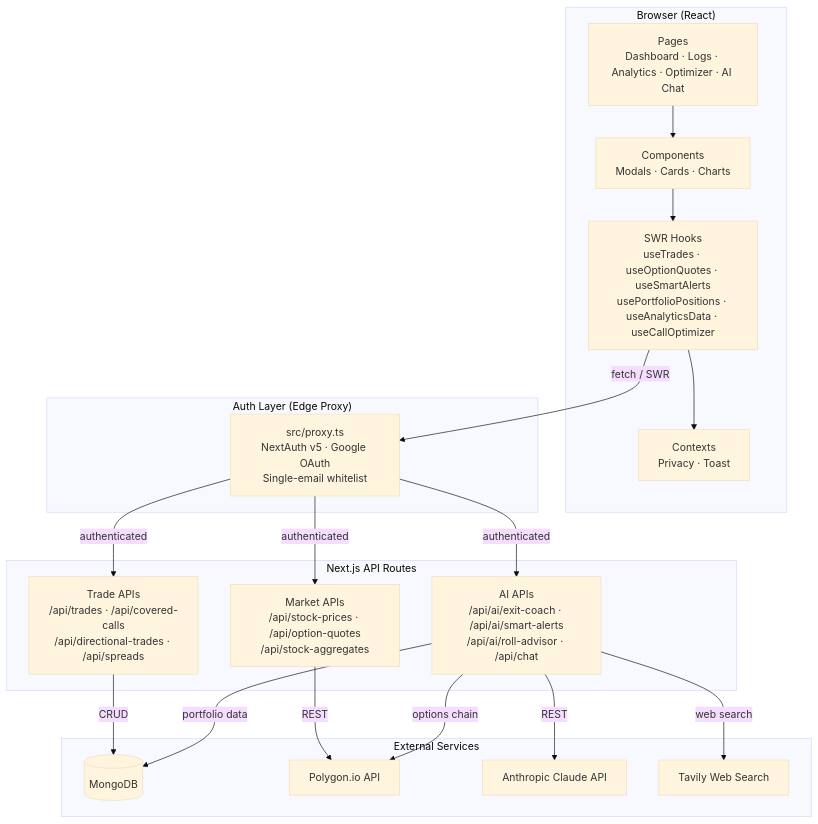
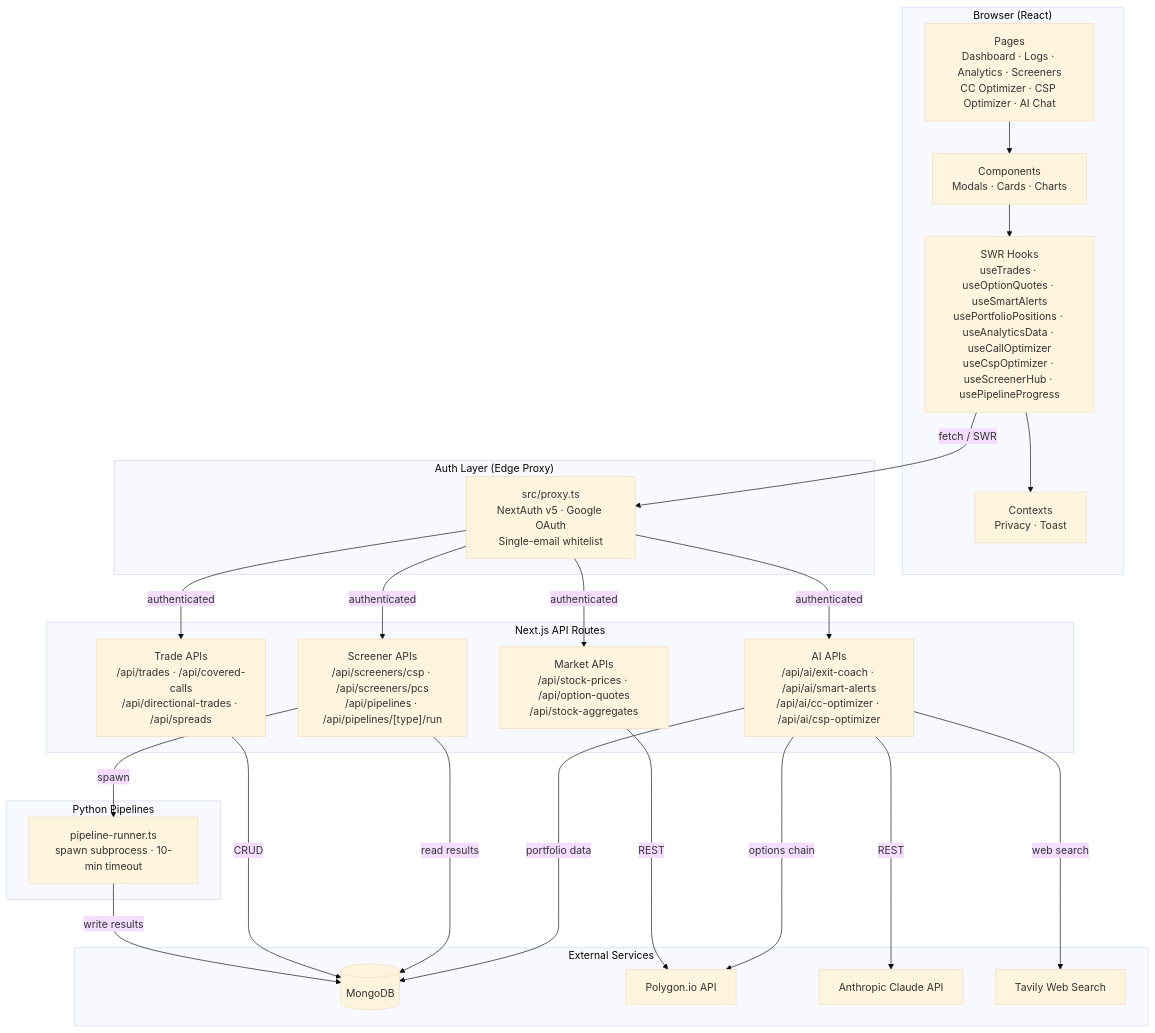
Before and after one commit to OptiTrade-AI/trading-dashboard: the first of 9 diagrams in docs/architecture.md, drawn with Mermaid (base theme). The commit also changed other lines of this file and 75 other files, not shown here.

First line of the commit message:
Add CSP optimizer, screeners hub, and pipeline management (#30)

````diff
--- a/docs/architecture.md
+++ b/docs/architecture.md
@@ -9,40 +9,50 @@
 ```mermaid
 graph TB
     subgraph Client["Browser (React)"]
-        Pages["Pages<br/>Dashboard · Logs · Analytics · Optimizer · AI Chat"]
+        Pages["Pages<br/>Dashboard · Logs · Analytics · Screeners<br/>CC Optimizer · CSP Optimizer · AI Chat"]
         Components["Components<br/>Modals · Cards · Charts"]
-        Hooks["SWR Hooks<br/>useTrades · useOptionQuotes · useSmartAlerts<br/>usePortfolioPositions · useAnalyticsData · useCallOptimizer"]
+        Hooks["SWR Hooks<br/>useTrades · useOptionQuotes · useSmartAlerts<br/>usePortfolioPositions · useAnalyticsData · useCallOptimizer<br/>useCspOptimizer · useScreenerHub · usePipelineProgress"]
         Contexts["Contexts<br/>Privacy · Toast"]
     end
 
     subgraph Auth["Auth Layer (Edge Proxy)"]
         Proxy["src/proxy.ts<br/>NextAuth v5 · Google OAuth<br/>Single-email whitelist"]
     end
 
     subgraph Server["Next.js API Routes"]
         TradeAPI["Trade APIs<br/>/api/trades · /api/covered-calls<br/>/api/directional-trades · /api/spreads"]
         MarketAPI["Market APIs<br/>/api/stock-prices · /api/option-quotes<br/>/api/stock-aggregates"]
-        AIAPI["AI APIs<br/>/api/ai/exit-coach · /api/ai/smart-alerts<br/>/api/ai/roll-advisor · /api/chat"]
+        AIAPI["AI APIs<br/>/api/ai/exit-coach · /api/ai/smart-alerts<br/>/api/ai/cc-optimizer · /api/ai/csp-optimizer"]
+        ScreenerAPI["Screener APIs<br/>/api/screeners/csp · /api/screeners/pcs<br/>/api/pipelines · /api/pipelines/[type]/run"]
+    end
+
+    subgraph Pipelines["Python Pipelines"]
+        PipelineRunner["pipeline-runner.ts<br/>spawn subprocess · 10-min timeout"]
     end
 
     subgraph External["External Services"]
         MongoDB[(MongoDB)]
         Polygon["Polygon.io API"]
         Anthropic["Anthropic Claude API"]
         Tavily["Tavily Web Search"]
     end
 
+    ScreenerAPI -->|spawn| PipelineRunner
+    PipelineRunner -->|write results| MongoDB
+
     Pages --> Components
     Components --> Hooks
     Hooks --> Contexts
     Hooks -->|fetch / SWR| Proxy
     Proxy -->|authenticated| TradeAPI
     Proxy -->|authenticated| MarketAPI
     Proxy -->|authenticated| AIAPI
+    Proxy -->|authenticated| ScreenerAPI
     TradeAPI -->|CRUD| MongoDB
+    ScreenerAPI -->|read results| MongoDB
     MarketAPI -->|REST| Polygon
     AIAPI -->|REST| Anthropic
     AIAPI -->|portfolio data| MongoDB
     AIAPI -->|options chain| Polygon
     AIAPI -->|web search| Tavily
 ```
````
